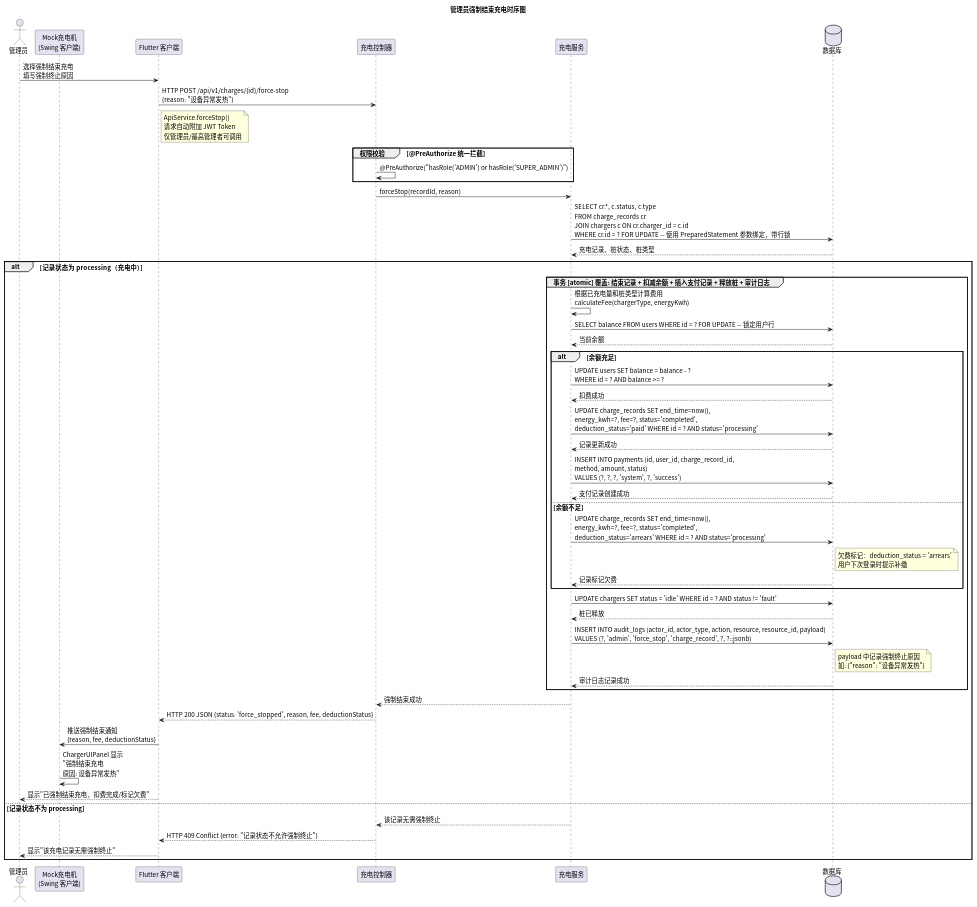
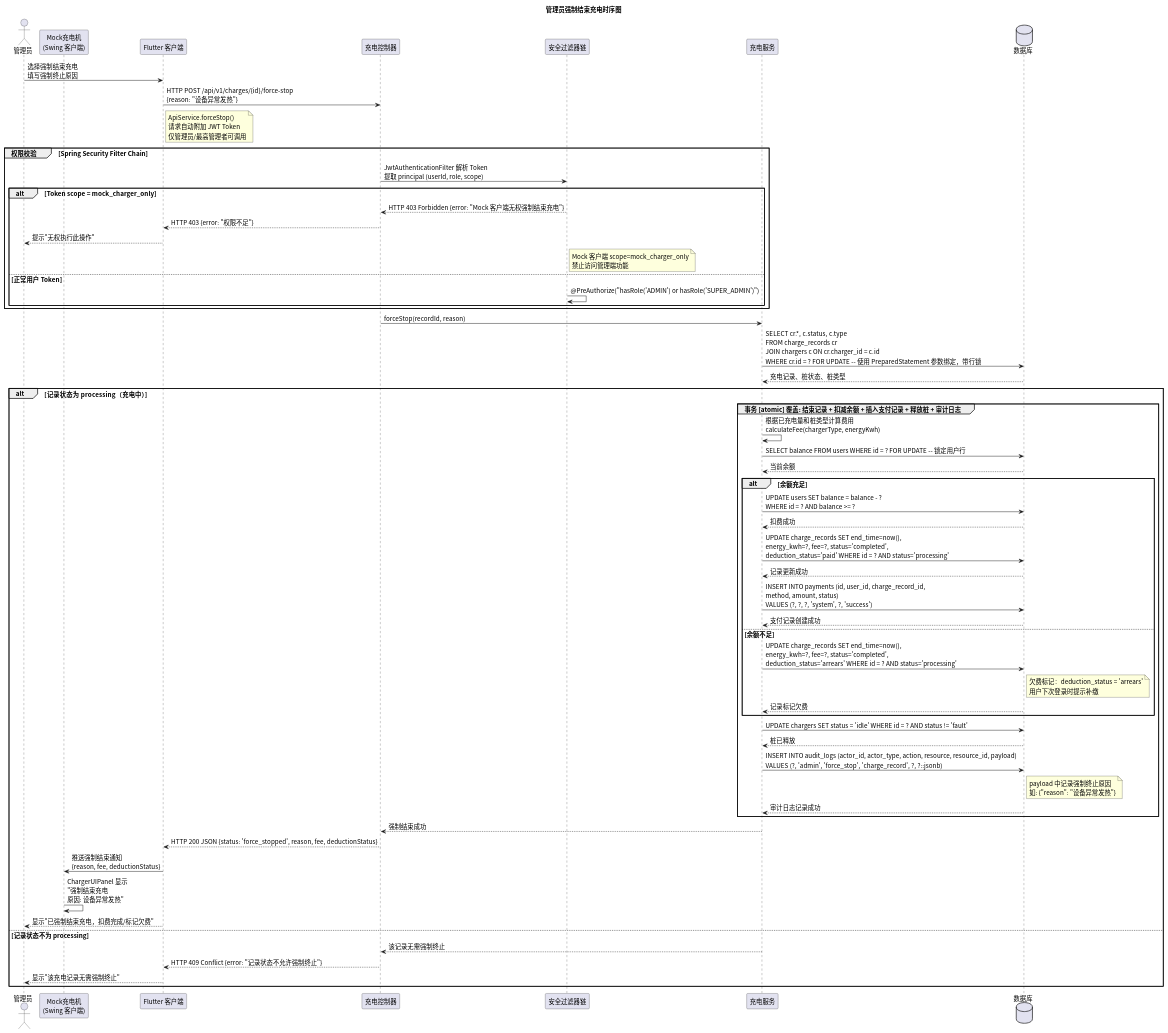
One commit to greenhandzdl/charging-station-doc changed the diagram in time/src/sequence_force_stop.puml. Above: the diagram before and after it, drawn with PlantUML. The commit also changed 24 other files, not shown here.

First line of the commit message:
fix: 架构与安全第二轮评估修复 — 类图权限补充、审计日志字段统一、状态图/活动图/用例图修复

```diff
--- a/time/src/sequence_force_stop.puml
+++ b/time/src/sequence_force_stop.puml
@@ -1,67 +1,77 @@
 @startuml
 skinparam defaultFontName "Noto Sans CJK SC"
 skinparam defaultFontSize 14
 title 管理员强制结束充电时序图
 
 ' 所有 SQL 操作使用 PreparedStatement 参数绑定，禁止字符串拼接
 actor 管理员 as Admin
 participant "Mock充电机\n(Swing 客户端)" as MC
 participant "Flutter 客户端" as FE
 participant "充电控制器" as Ctrl
+participant "安全过滤器链" as Security
 participant "充电服务" as Service
 database 数据库 as DB
 
 Admin -> FE: 选择强制结束充电\n填写强制终止原因
 FE -> Ctrl: HTTP POST /api/v1/charges/{id}/force-stop\n{reason: "设备异常发热"}
 note right FE : ApiService.forceStop()\n请求自动附加 JWT Token\n仅管理员/最高管理者可调用
 
-group 权限校验 [@PreAuthorize 统一拦截]
-  Ctrl -> Ctrl: @PreAuthorize("hasRole('ADMIN') or hasRole('SUPER_ADMIN')")
+group 权限校验 [Spring Security Filter Chain]
+  Ctrl -> Security: JwtAuthenticationFilter 解析 Token\n提取 principal (userId, role, scope)
+
+  alt Token scope = mock_charger_only
+    Security --> Ctrl: HTTP 403 Forbidden {error: "Mock 客户端无权强制结束充电"}
+    Ctrl --> FE: HTTP 403 {error: "权限不足"}
+    FE --> Admin: 提示"无权执行此操作"
+    note right Security : Mock 客户端 scope=mock_charger_only\n禁止访问管理端功能
+  else 正常用户 Token
+    Security -> Security: @PreAuthorize("hasRole('ADMIN') or hasRole('SUPER_ADMIN')")
+  end
 end
 
 Ctrl -> Service: forceStop(recordId, reason)
 
 Service -> DB: SELECT cr.*, c.status, c.type\nFROM charge_records cr\nJOIN chargers c ON cr.charger_id = c.id\nWHERE cr.id = ? FOR UPDATE -- 使用 PreparedStatement 参数绑定，带行锁
 DB --> Service: 充电记录、桩状态、桩类型
 
 alt 记录状态为 processing（充电中）
   group 事务 [atomic] 覆盖: 结束记录 + 扣减余额 + 插入支付记录 + 释放桩 + 审计日志
     Service -> Service: 根据已充电量和桩类型计算费用\ncalculateFee(chargerType, energyKwh)
 
     Service -> DB: SELECT balance FROM users WHERE id = ? FOR UPDATE -- 锁定用户行
     DB --> Service: 当前余额
 
     alt 余额充足
       Service -> DB: UPDATE users SET balance = balance - ?\nWHERE id = ? AND balance >= ?
       DB --> Service: 扣费成功
 
       Service -> DB: UPDATE charge_records SET end_time=now(),\nenergy_kwh=?, fee=?, status='completed',\ndeduction_status='paid' WHERE id = ? AND status='processing'
       DB --> Service: 记录更新成功
 
       Service -> DB: INSERT INTO payments (id, user_id, charge_record_id,\nmethod, amount, status)\nVALUES (?, ?, ?, 'system', ?, 'success')
       DB --> Service: 支付记录创建成功
     else 余额不足
       Service -> DB: UPDATE charge_records SET end_time=now(),\nenergy_kwh=?, fee=?, status='completed',\ndeduction_status='arrears' WHERE id = ? AND status='processing'
       note right DB : 欠费标记：deduction_status = 'arrears'\n用户下次登录时提示补缴
       DB --> Service: 记录标记欠费
     end
 
     Service -> DB: UPDATE chargers SET status = 'idle' WHERE id = ? AND status != 'fault'
     DB --> Service: 桩已释放
 
     Service -> DB: INSERT INTO audit_logs (actor_id, actor_type, action, resource, resource_id, payload)\nVALUES (?, 'admin', 'force_stop', 'charge_record', ?, ?::jsonb)
     note right DB : payload 中记录强制终止原因\n如: {"reason": "设备异常发热"}
     DB --> Service: 审计日志记录成功
   end
 
   Service --> Ctrl: 强制结束成功
   Ctrl --> FE: HTTP 200 JSON {status: 'force_stopped', reason, fee, deductionStatus}
   FE -> MC: 推送强制结束通知\n{reason, fee, deductionStatus}
   MC -> MC: ChargerUIPanel 显示\n"强制结束充电\n原因: 设备异常发热"
   FE --> Admin: 显示"已强制结束充电，扣费完成/标记欠费"
 else 记录状态不为 processing
   Service --> Ctrl: 该记录无需强制终止
   Ctrl --> FE: HTTP 409 Conflict {error: "记录状态不允许强制终止"}
   FE --> Admin: 显示"该充电记录无需强制终止"
 end
 @enduml
```
